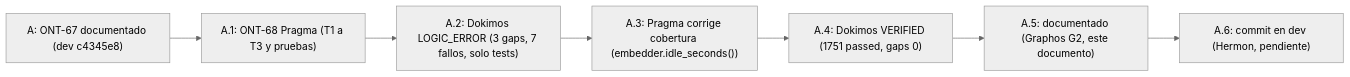
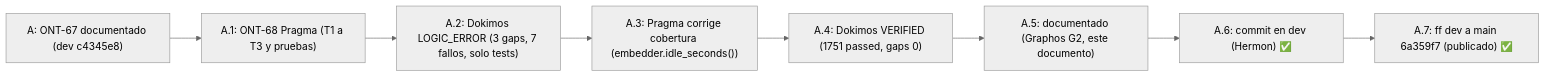
One commit to ancrz/agent-execution-plane changed the first of 2 diagrams in docs/pipeline/feature_20261116_ont68_aep_findings.md. Above: the diagram before and after it, drawn with Mermaid (neutral theme). The commit also changed other lines of this file and 5 other files, not shown here.

````diff
--- a/docs/pipeline/feature_20261116_ont68_aep_findings.md
+++ b/docs/pipeline/feature_20261116_ont68_aep_findings.md
@@ -43,9 +43,10 @@
 ```mermaid
 flowchart LR
     A["A: ONT-67 documentado (dev c4345e8)"] --> A1["A.1: ONT-68 Pragma (T1 a T3 y pruebas)"]
     A1 --> A2["A.2: Dokimos LOGIC_ERROR (3 gaps, 7 fallos, solo tests)"]
     A2 --> A3["A.3: Pragma corrige cobertura (embedder.idle_seconds())"]
     A3 --> A4["A.4: Dokimos VERIFIED (1751 passed, gaps 0)"]
     A4 --> A5["A.5: documentado (Graphos G2, este documento)"]
-    A5 --> A6["A.6: commit en dev (Hermon, pendiente)"]
+    A5 --> A6["A.6: commit en dev (Hermon) ✅"]
+    A6 --> A7["A.7: ff dev a main 6a359f7 (publicado) ✅"]
 ```
````
